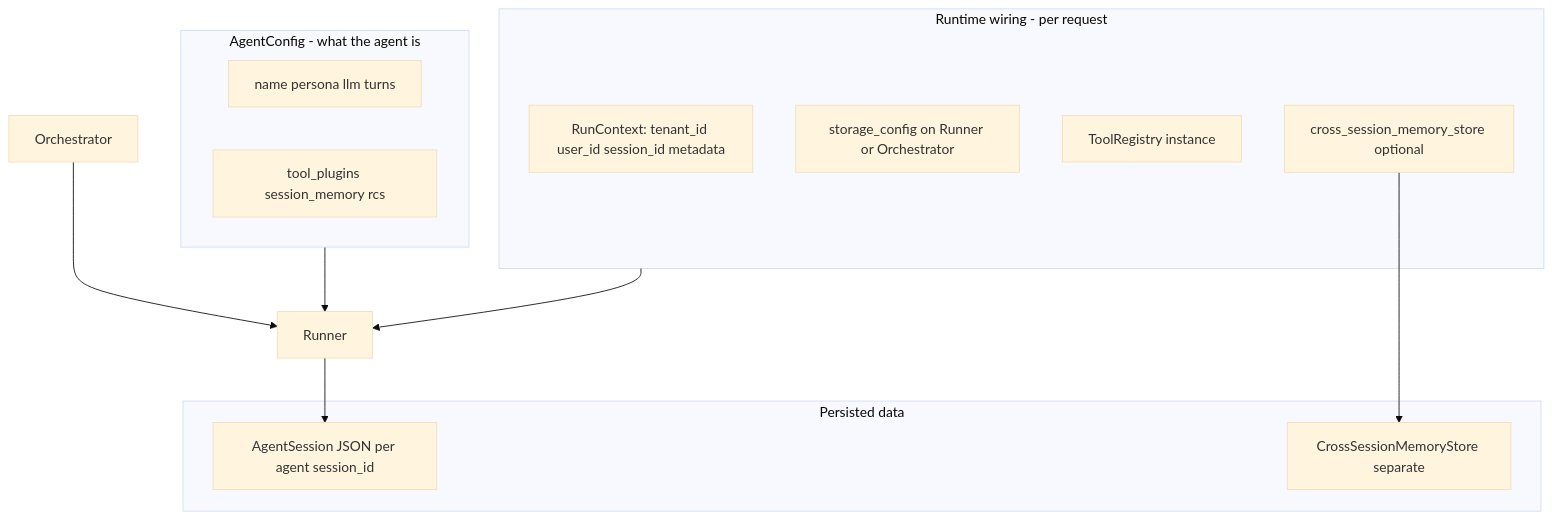
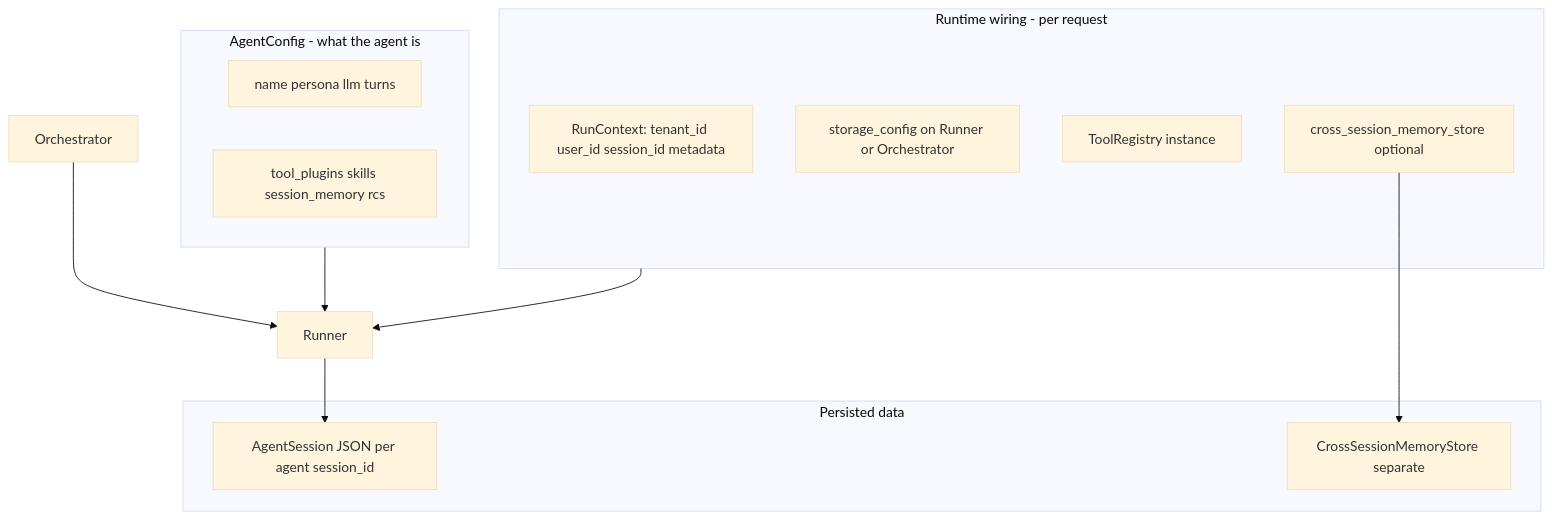
Before and after one commit to gowrav-vishwakarma/nexus-enterprise-agent: the diagram in GETTING_STARTED.md, drawn with Mermaid (base theme). The commit also changed other lines of this file and 31 other files, not shown here.

````diff
--- a/GETTING_STARTED.md
+++ b/GETTING_STARTED.md
@@ -118,25 +118,25 @@
 ```mermaid
 flowchart TB
   subgraph configLayer [AgentConfig - what the agent is]
     name[name persona llm turns]
-    tools[tool_plugins session_memory rcs]
+    tools[tool_plugins skills session_memory rcs]
   end
 
   subgraph runtimeLayer [Runtime wiring - per request]
     rc[RunContext: tenant_id user_id session_id metadata]
     storage[storage_config on Runner or Orchestrator]
     registry[ToolRegistry instance]
     crossStore[cross_session_memory_store optional]
   end
 
   subgraph persistLayer [Persisted data]
     sessions[AgentSession JSON per agent session_id]
     crossMem[CrossSessionMemoryStore separate]
   end
 
   configLayer --> Runner
   runtimeLayer --> Runner
   Runner --> sessions
   crossStore --> crossMem
   Orchestrator --> Runner
 ```
````
